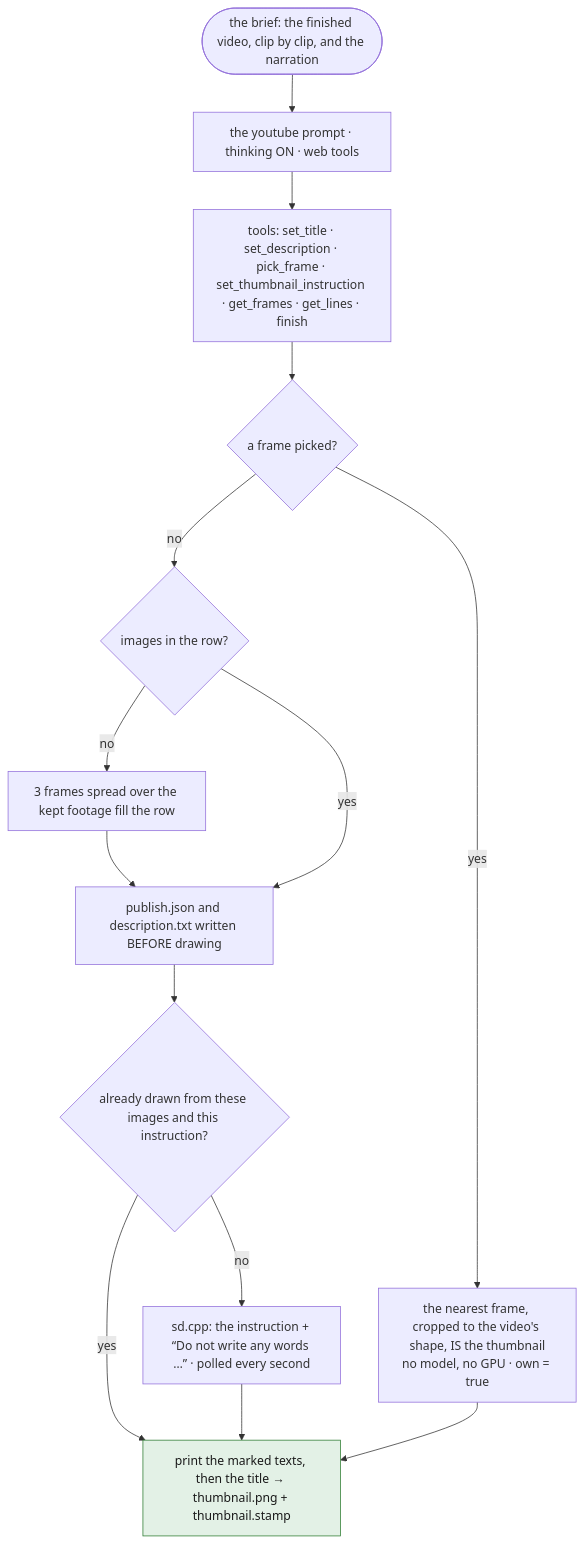
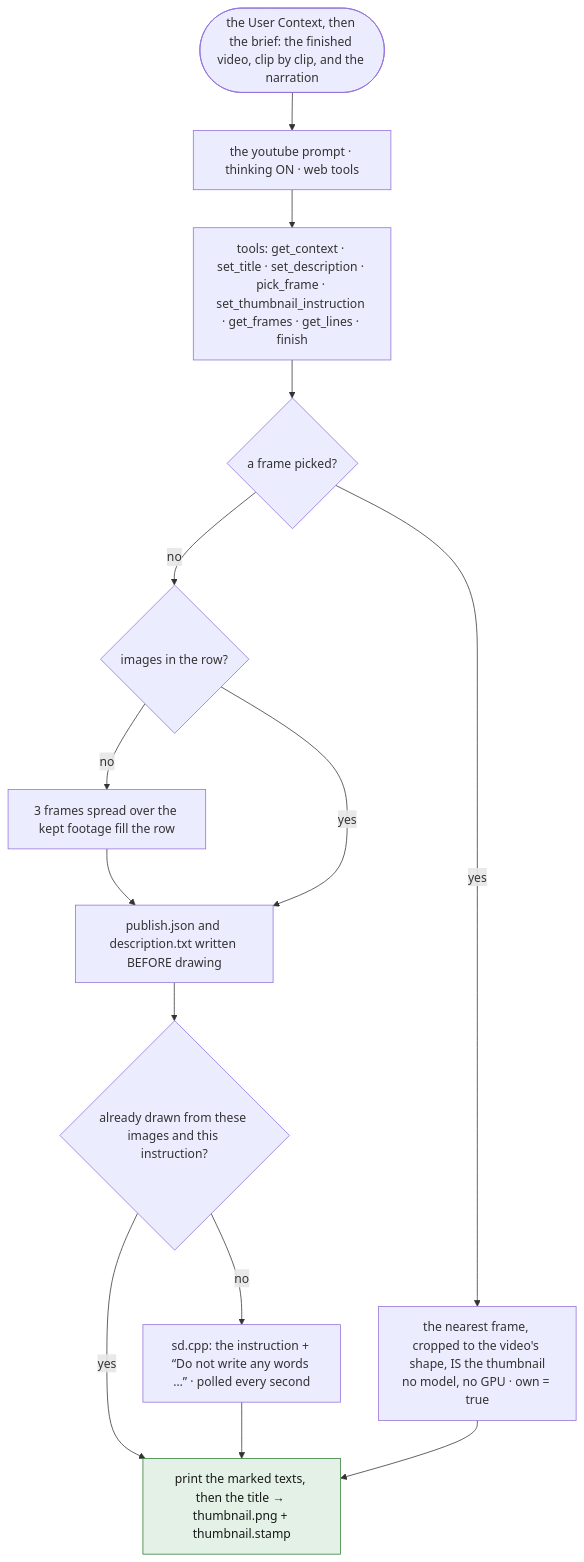
The fifth of 6 diagrams in spec/08-produce.md (tbocek/naivepost), drawn with Mermaid before and after one commit. The commit also changed other lines of this file and 10 other files, not shown here.

First line of the commit message:
Give the upload text the User Context, ask a refused join twice, not three times

````diff
--- a/spec/08-produce.md
+++ b/spec/08-produce.md
@@ -146,18 +146,18 @@
 ```mermaid
 flowchart TD
-  A(["the brief: the finished video, clip by clip, and the narration"]) --> M["the youtube prompt · thinking ON · web tools"]
-  M --> T["tools: set_title · set_description · pick_frame · set_thumbnail_instruction · get_frames · get_lines · finish"]
+  A(["the User Context, then the brief: the finished video, clip by clip, and the narration"]) --> M["the youtube prompt · thinking ON · web tools"]
+  M --> T["tools: get_context · set_title · set_description · pick_frame · set_thumbnail_instruction · get_frames · get_lines · finish"]
   T --> K{"a frame picked?"}
   K -- yes --> FR["the nearest frame, cropped to the video's shape, IS the thumbnail<br/>no model, no GPU · own = true"]
   K -- no --> ROW{"images in the row?"}
   ROW -- no --> THREE["3 frames spread over the kept footage fill the row"] --> PJ
   ROW -- yes --> PJ["publish.json and description.txt written BEFORE drawing"]
   PJ --> ST{"already drawn from these images and this instruction?"}
   ST -- yes --> PR
   ST -- no --> SD["sd.cpp: the instruction + “Do not write any words …” · polled every second"]
   SD --> PR["print the marked texts, then the title → thumbnail.png + thumbnail.stamp"]:::done
   FR --> PR
   classDef refuse fill:#fde2e1,stroke:#c01c28,color:#1a1a1a
   classDef done fill:#e3f1e6,stroke:#2e7d32,color:#1a1a1a
   classDef ask fill:#e8eefc,stroke:#3a63c8,color:#1a1a1a
 ```
````
